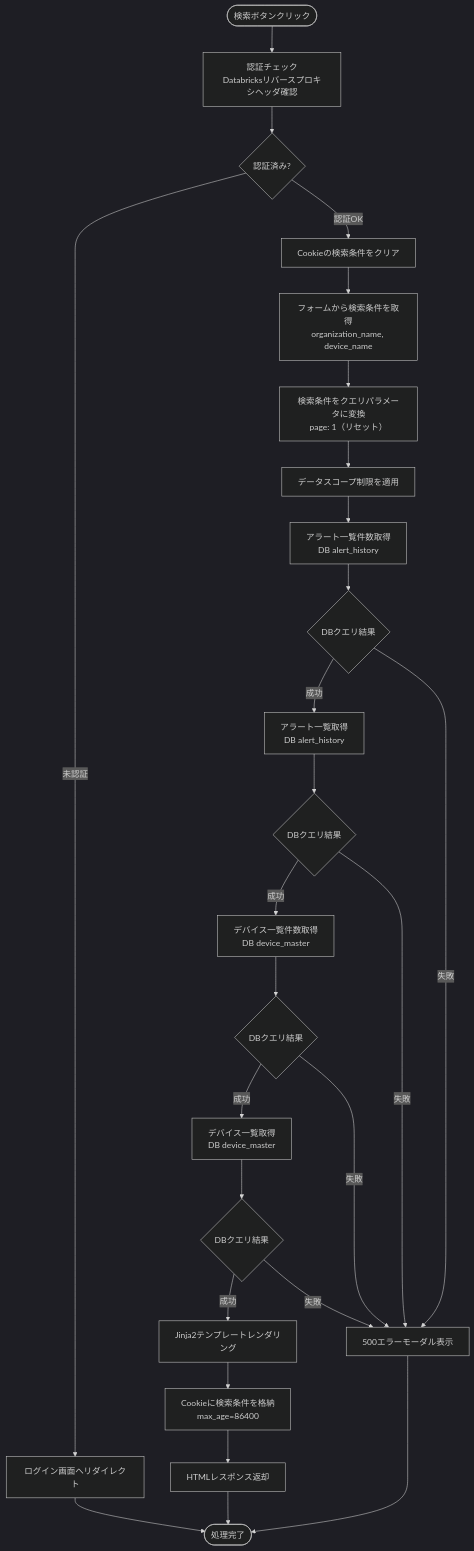
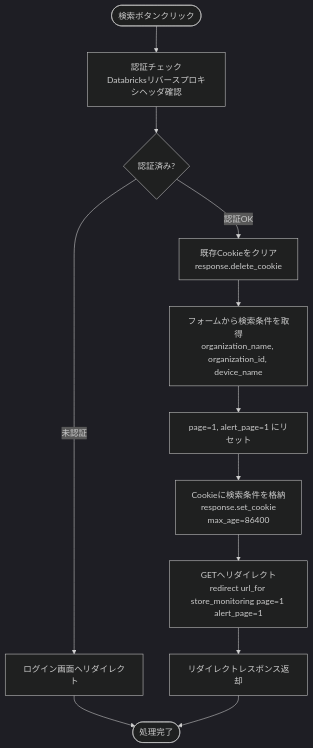
The second of 5 diagrams in docs/03-features/flask-app/industry-dashboard/workflow-specification.md (NSW-SVCP-AIWG002/Databricks-IoT), drawn with Mermaid (dark theme) before and after one commit. The commit also changed other lines of this file and 22 other files, not shown here.

````diff
--- a/docs/03-features/flask-app/industry-dashboard/workflow-specification.md
+++ b/docs/03-features/flask-app/industry-dashboard/workflow-specification.md
@@ -456,36 +462,16 @@
 ```mermaid
 flowchart TD
     Start([検索ボタンクリック]) --> Auth[認証チェック<br>Databricksリバースプロキシヘッダ確認]
     Auth --> CheckAuth{認証済み?}
     CheckAuth -->|未認証| LoginRedirect[ログイン画面へリダイレクト]
 
-    CheckAuth -->|認証OK| ClearCookie[Cookieの検索条件をクリア]
-    ClearCookie --> GetParams[フォームから検索条件を取得<br>organization_name, device_name]
-    GetParams --> Convert[検索条件をクエリパラメータに変換<br>page: 1（リセット）]
-    Convert --> Scope[データスコープ制限を適用]
-
-    Scope --> AlertCount[アラート一覧件数取得<br>DB alert_history]
-    AlertCount --> CheckAlertCount{DBクエリ結果}
-
-    CheckAlertCount{DBクエリ結果} -->|成功| AlertQuery[アラート一覧取得<br>DB alert_history]
-    CheckAlertCount{DBクエリ結果} -->|失敗| Error500[500エラーモーダル表示]
-
-    AlertQuery --> CheckAlertQuery{DBクエリ結果}
-    CheckAlertQuery -->|成功| DeviceCount[デバイス一覧件数取得<br>DB device_master]
-    CheckAlertQuery -->|失敗| Error500
-
-    DeviceCount --> CheckDeviceCount{DBクエリ結果}
-    CheckDeviceCount -->|成功| DeviceQuery[デバイス一覧取得<br>DB device_master]
-    CheckDeviceCount -->|失敗| Error500
-
-    DeviceQuery --> CheckDeviceQuery{DBクエリ結果}
-    CheckDeviceQuery -->|成功| Template[Jinja2テンプレートレンダリング]
-    CheckDeviceQuery -->|失敗| Error500
-
-    Template --> PutParams[Cookieに検索条件を格納<br>max_age=86400]
-    PutParams --> Response[HTMLレスポンス返却]
+    CheckAuth -->|認証OK| ClearCookie[既存Cookieをクリア<br>response.delete_cookie]
+    ClearCookie --> GetParams[フォームから検索条件を取得<br>organization_name, organization_id, device_name]
+    GetParams --> SetPage[page=1, alert_page=1 にリセット]
+    SetPage --> SaveCookie[Cookieに検索条件を格納<br>response.set_cookie<br>max_age=86400]
+    SaveCookie --> Redirect[GETへリダイレクト<br>redirect url_for store_monitoring page=1 alert_page=1]
+    Redirect --> Response[リダイレクトレスポンス返却]
 
     LoginRedirect --> End([処理完了])
     Response --> End
-    Error500 --> End
 ```
````
